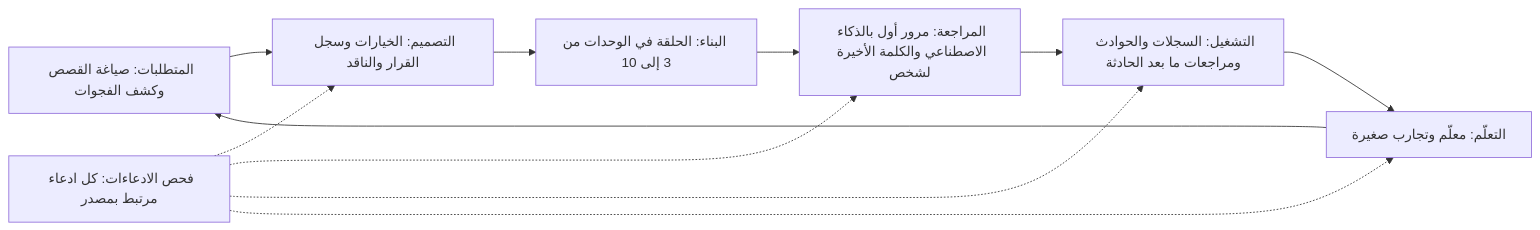
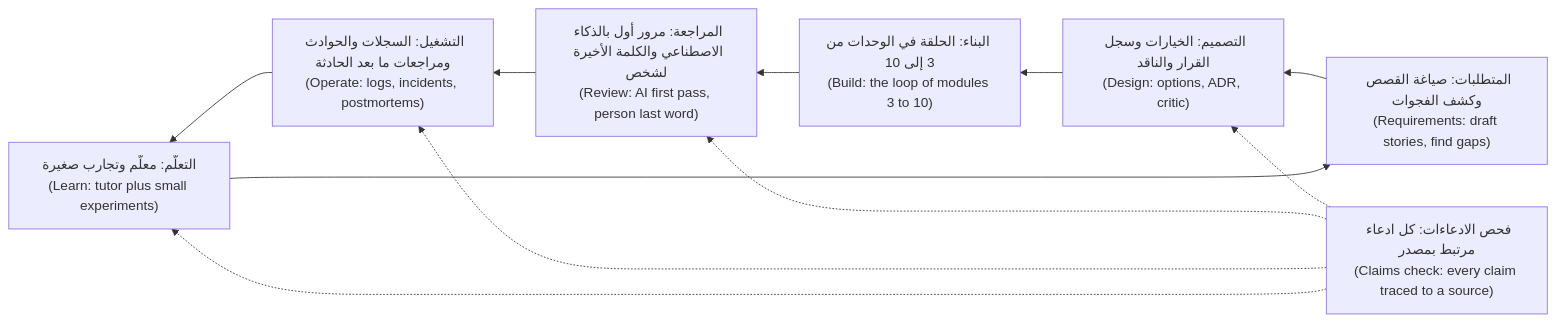
Before and after one commit to Tamoura/system-design-for-vibe-coders: the diagram in ainative/modules/11-lifecycle.ar.md, drawn with Mermaid. The commit also changed 83 other files, not shown here.

First line of the commit message:
AI-native engineer course: Arabic diagrams right-to-left with English glosses

````diff
--- a/ainative/modules/11-lifecycle.ar.md
+++ b/ainative/modules/11-lifecycle.ar.md
@@ -30,13 +30,13 @@
 ```mermaid
-flowchart LR
-    R["المتطلبات: صياغة القصص وكشف الفجوات"] --> D["التصميم: الخيارات وسجل القرار والناقد"]
-    D --> B["البناء: الحلقة في الوحدات من 3 إلى 10"]
-    B --> V["المراجعة: مرور أول بالذكاء الاصطناعي والكلمة الأخيرة لشخص"]
-    V --> O["التشغيل: السجلات والحوادث ومراجعات ما بعد الحادثة"]
-    O --> L["التعلّم: معلّم وتجارب صغيرة"]
+flowchart RL
+    R["المتطلبات: صياغة القصص وكشف الفجوات<br/>(Requirements: draft stories, find gaps)"] --> D["التصميم: الخيارات وسجل القرار والناقد<br/>(Design: options, ADR, critic)"]
+    D --> B["البناء: الحلقة في الوحدات من 3 إلى 10<br/>(Build: the loop of modules 3 to 10)"]
+    B --> V["المراجعة: مرور أول بالذكاء الاصطناعي والكلمة الأخيرة لشخص<br/>(Review: AI first pass, person last word)"]
+    V --> O["التشغيل: السجلات والحوادث ومراجعات ما بعد الحادثة<br/>(Operate: logs, incidents, postmortems)"]
+    O --> L["التعلّم: معلّم وتجارب صغيرة<br/>(Learn: tutor plus small experiments)"]
     L --> R
-    C["فحص الادعاءات: كل ادعاء مرتبط بمصدر"] -.-> D
+    C["فحص الادعاءات: كل ادعاء مرتبط بمصدر<br/>(Claims check: every claim traced to a source)"] -.-> D
     C -.-> V
     C -.-> O
     C -.-> L
 ```
````
